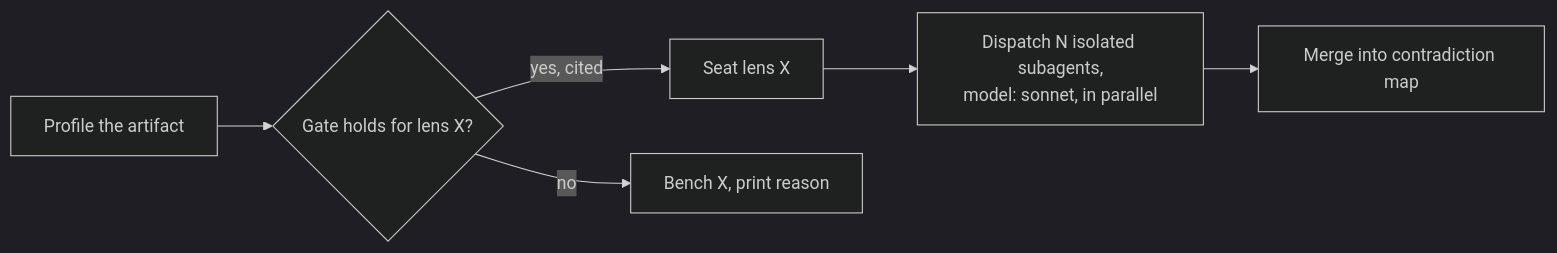
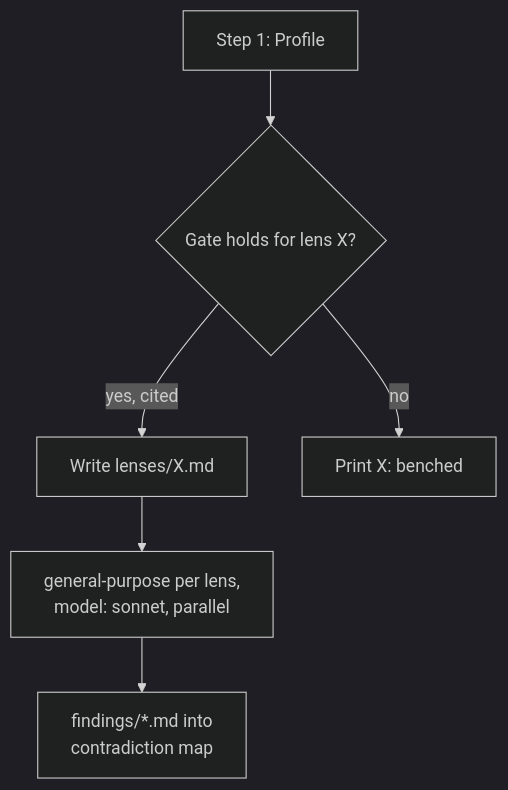
Before and after one commit to damusix/atomic-claude: the seventh of 13 diagrams in docs/wiki/workflow.md, drawn with Mermaid (dark theme). The commit also changed other lines of this file and 19 other files, not shown here.

````diff
--- a/docs/wiki/workflow.md
+++ b/docs/wiki/workflow.md
@@ -183,8 +227,9 @@
 ```mermaid
-flowchart LR
-    P["Profile the artifact"] --> G{"Gate holds for lens X?"}
-    G -->|yes, cited| S["Seat lens X"]
-    G -->|no| B["Bench X, print reason"]
-    S --> D["Dispatch N isolated subagents,<br/>model: sonnet, in parallel"]
-    D --> M["Merge into contradiction map"]
+flowchart TD
+    %% source: context/commands/challenge-swarm.md
+    P["Step 1: Profile"] --> G{"Gate holds for lens X?"}
+    G -->|yes, cited| S["Write lenses/X.md"]
+    G -->|no| B["Print X: benched"]
+    S --> D["general-purpose per lens,<br/>model: sonnet, parallel"]
+    D --> M["findings/*.md into<br/>contradiction map"]
 ```
````
